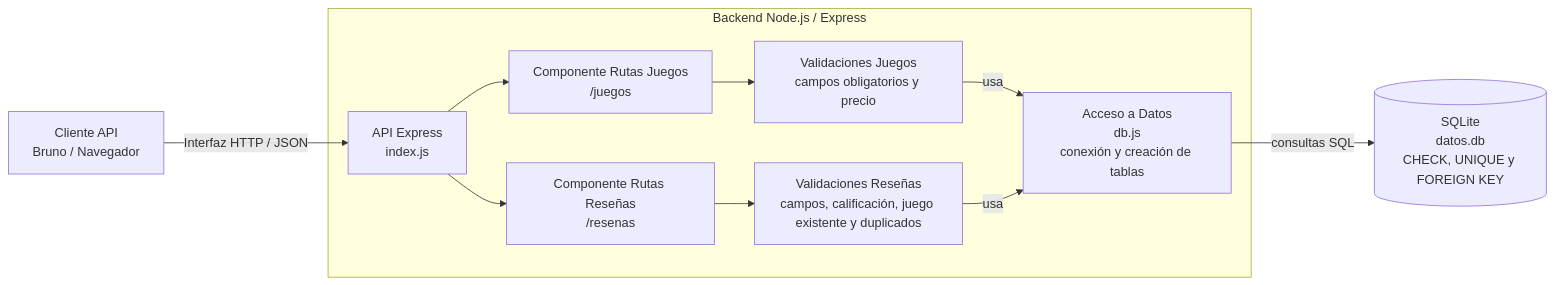
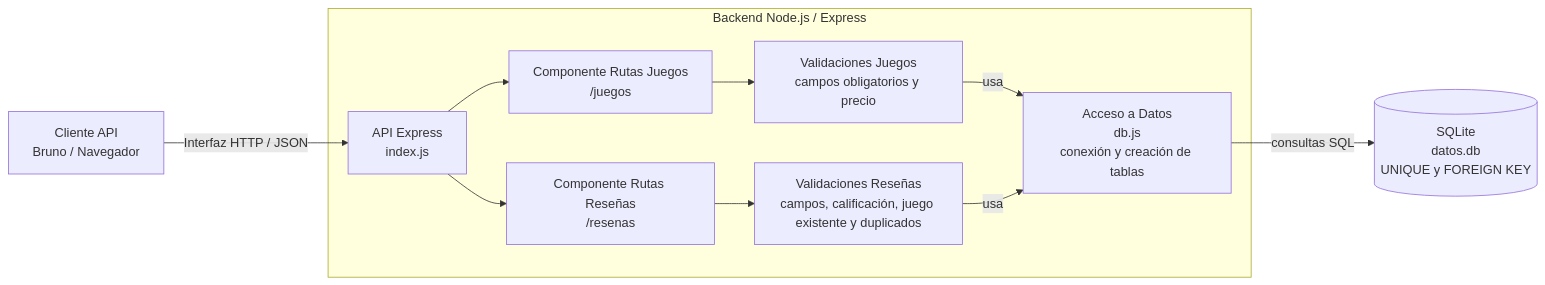
Before and after one commit to Ast-J-W/AST-j-w: the first of 2 diagrams in docs/Diagrama-componentes.md, drawn with Mermaid. The commit also changed other lines of this file and 1019 other files, not shown here.

````diff
--- a/docs/Diagrama-componentes.md
+++ b/docs/Diagrama-componentes.md
@@ -3,24 +4,24 @@
-```mermaid id="u0digq"
+```mermaid
 flowchart LR
     C[Cliente API<br/>Bruno / Navegador]
 
     subgraph B[Backend Node.js / Express]
         API[API Express<br/>index.js]
         RJ[Componente Rutas Juegos<br/>/juegos]
         RR[Componente Rutas Reseñas<br/>/resenas]
         VJ[Validaciones Juegos<br/>campos obligatorios y precio]
         VR[Validaciones Reseñas<br/>campos, calificación, juego existente y duplicados]
         DBJS[Acceso a Datos<br/>db.js<br/>conexión y creación de tablas]
     end
 
-    D[(SQLite<br/>datos.db<br/>CHECK, UNIQUE y FOREIGN KEY)]
+    D[(SQLite<br/>datos.db<br/>UNIQUE y FOREIGN KEY)]
 
     C -->|Interfaz HTTP / JSON| API
     API --> RJ
     API --> RR
     RJ --> VJ
     RR --> VR
     VJ -->|usa| DBJS
     VR -->|usa| DBJS
     DBJS -->|consultas SQL| D
 ```
````
